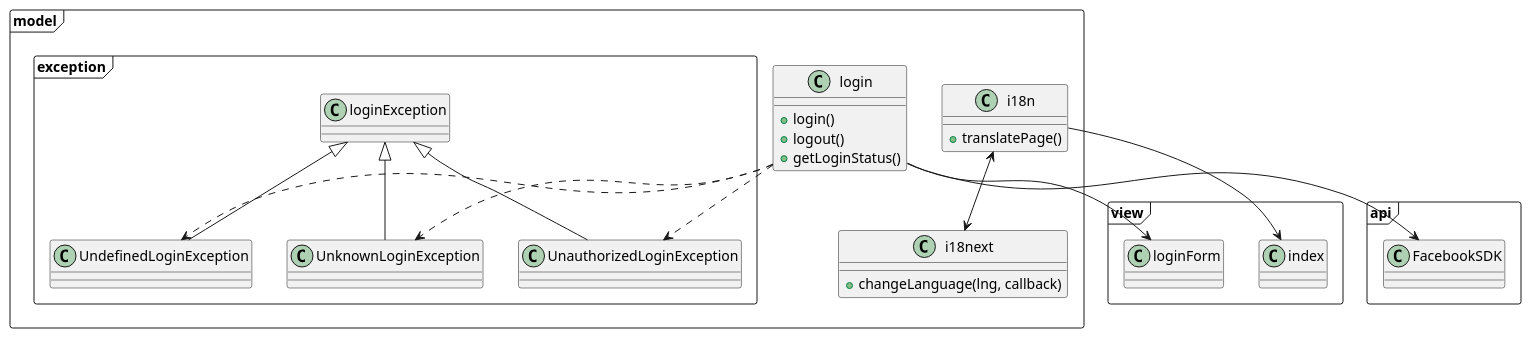
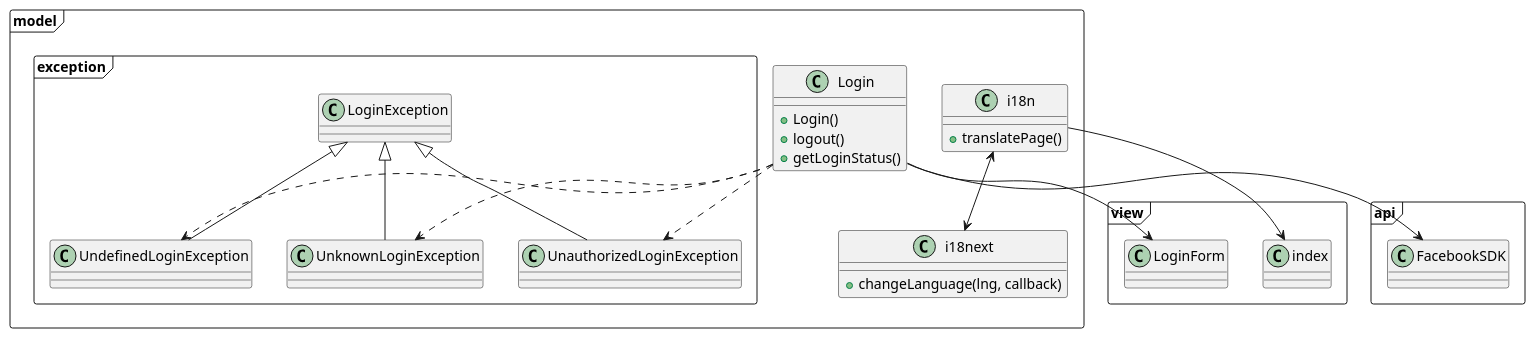
One commit to CPNV-RIA1/RentABike changed the diagram in src/diagrams/classDiagram.puml. Above: the diagram before and after it, drawn with PlantUML.

Commit message:
fix: Refactor class names in classDiagram.puml

```diff
--- a/src/diagrams/classDiagram.puml
+++ b/src/diagrams/classDiagram.puml
@@ -1,49 +1,49 @@
 @startuml
 'https://plantuml.com/class-diagram
 
 
 package model <<Frame>> {
   class i18n {
     + translatePage()
   }
   class i18next {
     + changeLanguage(lng, callback)
   }
-  class login {
-    + login()
+  class Login {
+    + Login()
     + logout()
     + getLoginStatus()
   }
   package exception <<Frame>> {
-    class loginException {
+    class LoginException {
     }
     class UnauthorizedLoginException {
     }
     class UndefinedLoginException {
     }
     class UnknownLoginException {
     }
   }
 }
 
 i18n <--> i18next
 package view <<Frame>> {
     class index {
     }
-    class loginForm {
+    class LoginForm {
     }
 }
 i18n --> index
 
 package api <<Frame>> {
   class FacebookSDK{}
 }
-loginException <|-- UnauthorizedLoginException 
-loginException <|-- UndefinedLoginException
-loginException <|-- UnknownLoginException
-login ..> UnauthorizedLoginException
-login ..> UndefinedLoginException
-login ..> UnknownLoginException
-login --> FacebookSDK
-loginForm <-- login
+LoginException <|-- UnauthorizedLoginException 
+LoginException <|-- UndefinedLoginException
+LoginException <|-- UnknownLoginException
+Login ..> UnauthorizedLoginException
+Login ..> UndefinedLoginException
+Login ..> UnknownLoginException
+Login --> FacebookSDK
+LoginForm <-- Login
 @enduml
```
